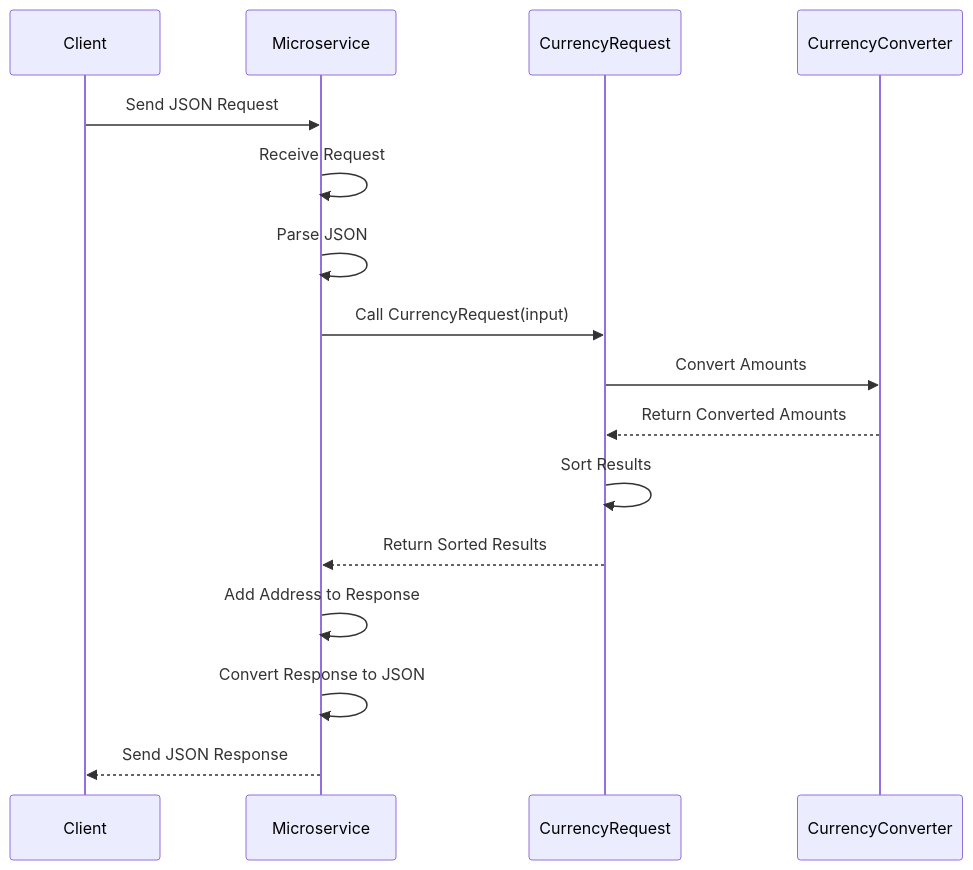
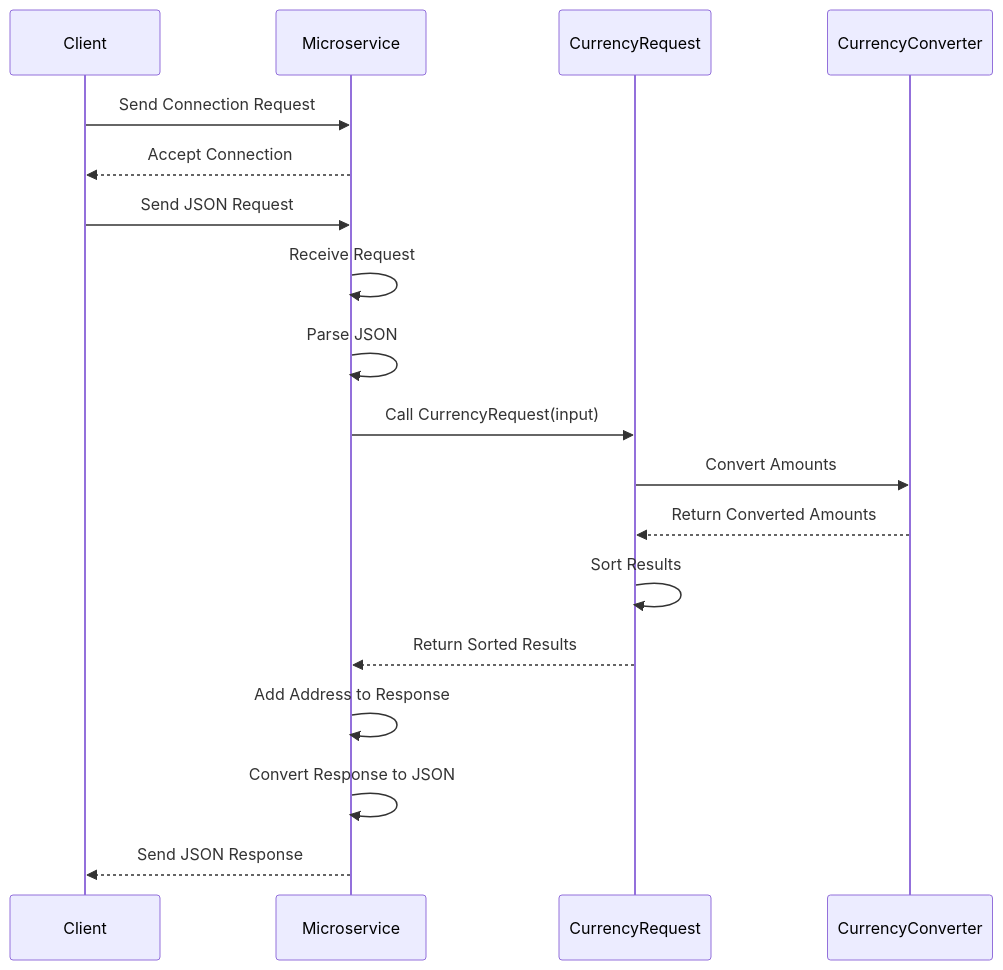
The diagram in README.md (bakematt-OSU/CS-361-Microservice-1), drawn with Mermaid before and after one commit.

````diff
--- a/README.md
+++ b/README.md
@@ -105,19 +105,21 @@
 ```mermaid
 sequenceDiagram
     participant Client
     participant Microservice
     participant CurrencyRequest
     participant CurrencyConverter
 
+    Client->>Microservice: Send Connection Request
+    Microservice-->>Client: Accept Connection
     Client->>Microservice: Send JSON Request
     Microservice->>Microservice: Receive Request
     Microservice->>Microservice: Parse JSON
     Microservice->>CurrencyRequest: Call CurrencyRequest(input)
     CurrencyRequest->>CurrencyConverter: Convert Amounts
     CurrencyConverter-->>CurrencyRequest: Return Converted Amounts
     CurrencyRequest->>CurrencyRequest: Sort Results
     CurrencyRequest-->>Microservice: Return Sorted Results
     Microservice->>Microservice: Add Address to Response
     Microservice->>Microservice: Convert Response to JSON
     Microservice-->>Client: Send JSON Response
 ```
````
